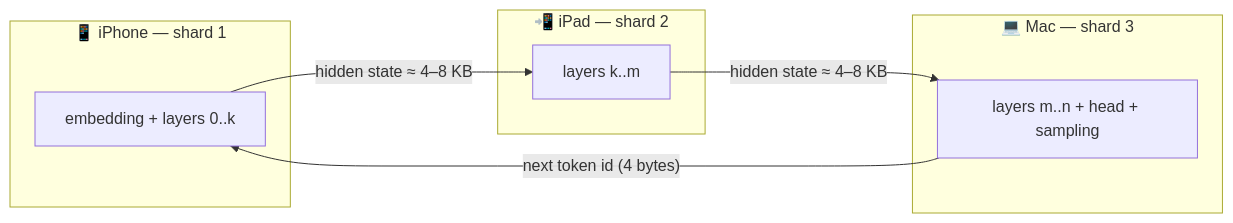
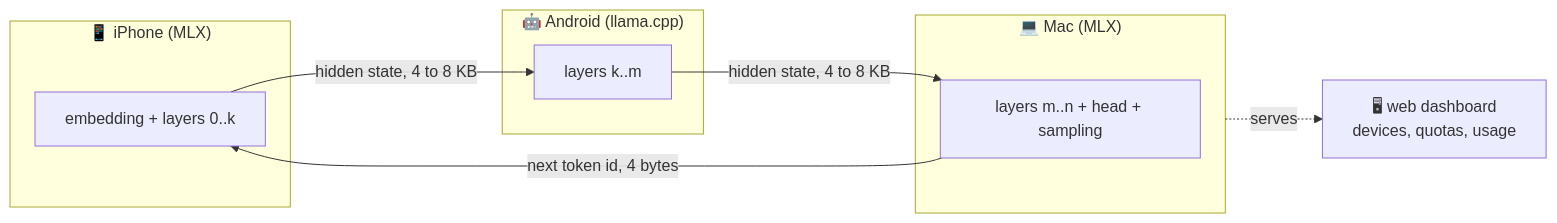
One commit to meliharik/edge-llm-cluster changed the diagram in README.md. Above: the diagram before and after it, drawn with Mermaid. The commit also changed other lines of this file and 27 other files, not shown here.

Commit message:
Add cluster coordinator, web dashboard and cross platform protocol

````diff
--- a/README.md
+++ b/README.md
@@ -30,15 +30,17 @@
 ```mermaid
 flowchart LR
-    subgraph iPhone["📱 iPhone — shard 1"]
+    subgraph iPhone["📱 iPhone (MLX)"]
         A["embedding + layers 0..k"]
     end
-    subgraph iPad["📲 iPad — shard 2"]
+    subgraph Pixel["🤖 Android (llama.cpp)"]
         B["layers k..m"]
     end
-    subgraph Mac["💻 Mac — shard 3"]
+    subgraph Mac["💻 Mac (MLX)"]
         C["layers m..n + head + sampling"]
     end
-    A -- "hidden state ≈ 4–8 KB" --> B
-    B -- "hidden state ≈ 4–8 KB" --> C
-    C -- "next token id (4 bytes)" --> A
+    D["🖥 web dashboard<br>devices, quotas, usage"]
+    A -- "hidden state, 4 to 8 KB" --> B
+    B -- "hidden state, 4 to 8 KB" --> C
+    C -- "next token id, 4 bytes" --> A
+    Mac -. serves .-> D
 ```
````
